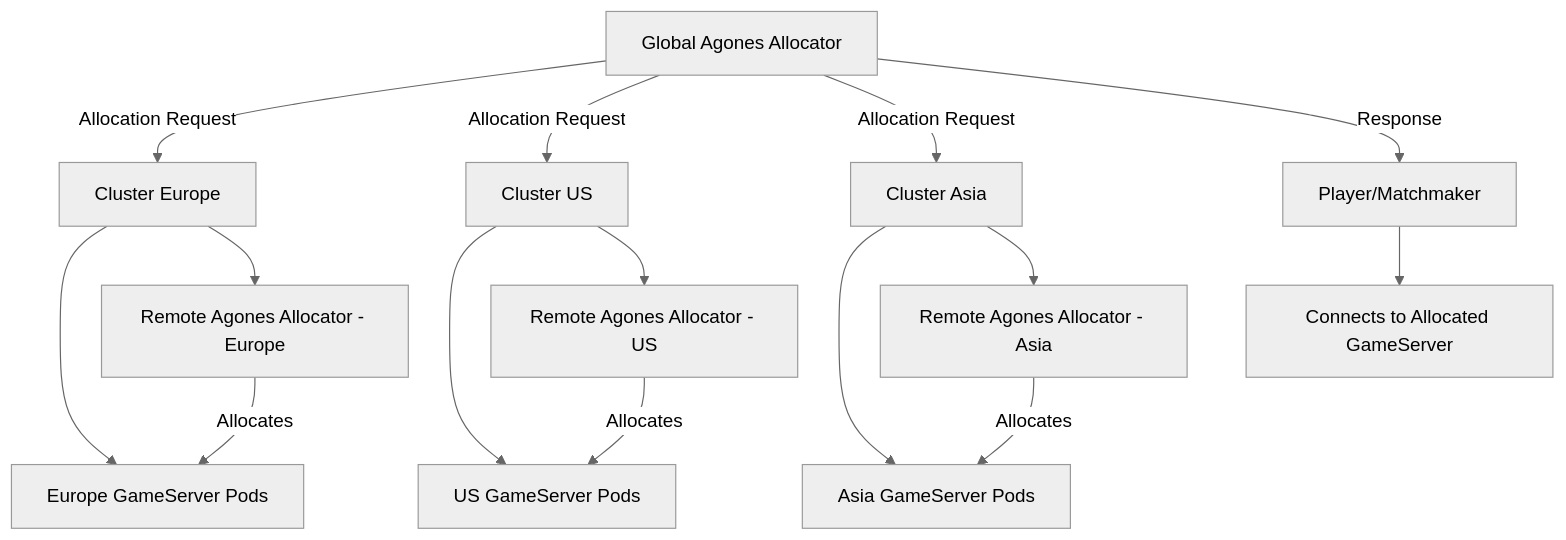
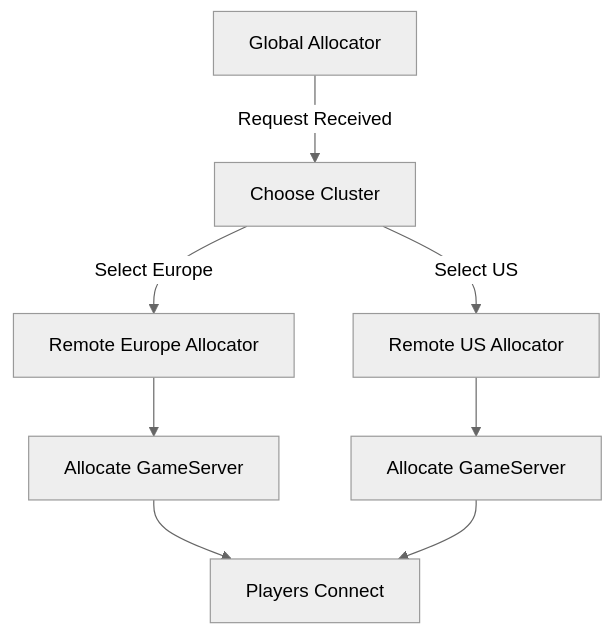
Before and after one commit to Teviwe/misc_drafts: the sixth of 8 diagrams in agones/agones_overview.md, drawn with Mermaid (neutral theme). The commit also changed other lines of this file, not shown here.

````diff
--- a/agones/agones_overview.md
+++ b/agones/agones_overview.md
@@ -158,17 +987,10 @@
 ```mermaid
 graph TD;
-    A[Global Agones Allocator] -->|Allocation Request| B[Cluster Europe];
-    A -->|Allocation Request| C[Cluster US];
-    A -->|Allocation Request| D[Cluster Asia];
-    B --> E[Europe GameServer Pods];
-    C --> F[US GameServer Pods];
-    D --> G[Asia GameServer Pods];
-    B --> H[Remote Agones Allocator - Europe];
-    C --> I[Remote Agones Allocator - US];
-    D --> J[Remote Agones Allocator - Asia];
-    H -->|Allocates| E;
-    I -->|Allocates| F;
-    J -->|Allocates| G;
-    A -->|Response| K[Player/Matchmaker];
-    K --> L[Connects to Allocated GameServer];
+    A[Global Allocator] -->|Request Received| B[Choose Cluster];
+    B -->|Select Europe| C[Remote Europe Allocator];
+    B -->|Select US| D[Remote US Allocator];
+    C --> E[Allocate GameServer];
+    D --> F[Allocate GameServer];
+    E --> G[Players Connect];
+    F --> G;
 ```
````
